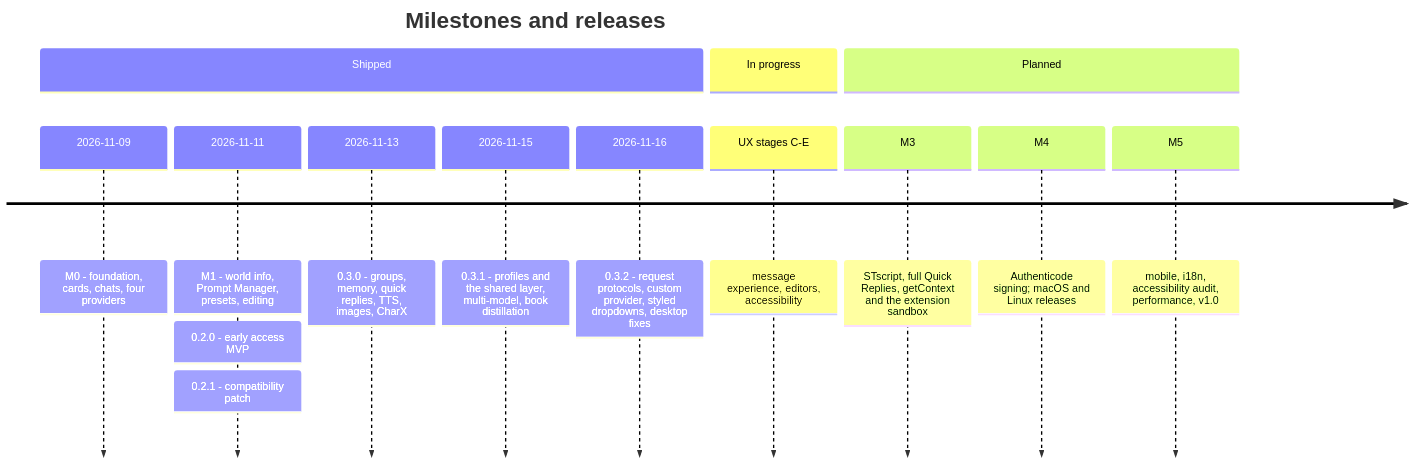
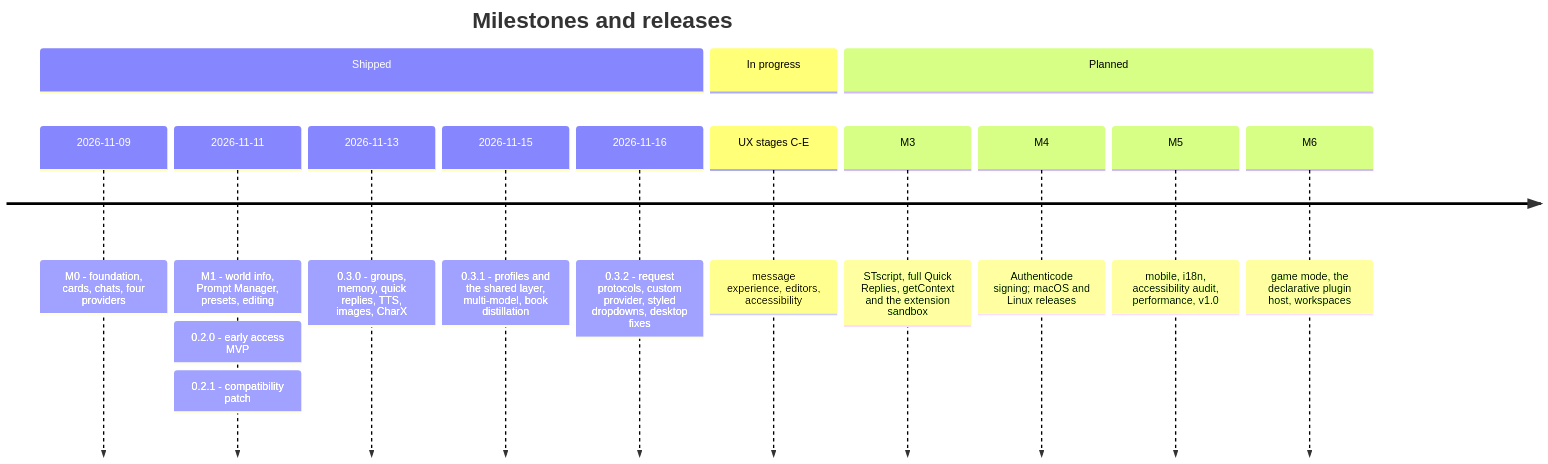
One commit to BerryUIKI/CatCup-Tavern changed the diagram in docs/MILESTONES.md. Above: the diagram before and after it, drawn with Mermaid. The commit also changed other lines of this file and 259 other files, not shown here.

````diff
--- a/docs/MILESTONES.md
+++ b/docs/MILESTONES.md
@@ -17,18 +17,19 @@
 ```mermaid
 timeline
     title Milestones and releases
     section Shipped
         2026-11-09 : M0 - foundation, cards, chats, four providers
         2026-11-11 : M1 - world info, Prompt Manager, presets, editing
                    : 0.2.0 - early access MVP
                    : 0.2.1 - compatibility patch
         2026-11-13 : 0.3.0 - groups, memory, quick replies, TTS, images, CharX
         2026-11-15 : 0.3.1 - profiles and the shared layer, multi-model, book distillation
         2026-11-16 : 0.3.2 - request protocols, custom provider, styled dropdowns, desktop fixes
     section In progress
         UX stages C-E : message experience, editors, accessibility
     section Planned
         M3 : STscript, full Quick Replies, getContext and the extension sandbox
         M4 : Authenticode signing; macOS and Linux releases
         M5 : mobile, i18n, accessibility audit, performance, v1.0
+        M6 : game mode, the declarative plugin host, workspaces
 ```
````
